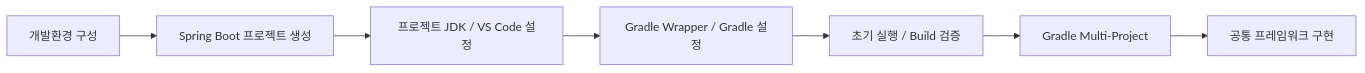
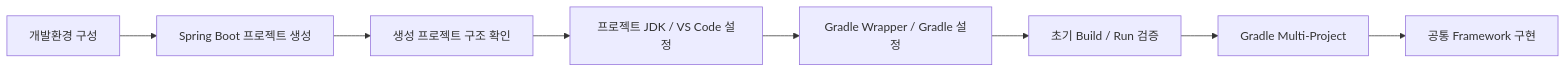
Before and after one commit to Team-Microserver/microserver-docs: the first of 2 diagrams in docs/01_project_start/03_project_creation/spring_boot_project_create.md, drawn with Mermaid. The commit also changed other lines of this file and 2 other files, not shown here.

````diff
--- a/docs/01_project_start/03_project_creation/spring_boot_project_create.md
+++ b/docs/01_project_start/03_project_creation/spring_boot_project_create.md
@@ -44,9 +66,11 @@
 ```mermaid
 flowchart LR
-    A[개발환경 구성] --> B[Spring Boot 프로젝트 생성]
-    B --> C[프로젝트 JDK / VS Code 설정]
-    C --> D[Gradle Wrapper / Gradle 설정]
-    D --> E[초기 실행 / Build 검증]
-    E --> F[Gradle Multi-Project]
-    F --> G[공통 프레임워크 구현]
+    A["개발환경 구성"]
+    --> B["Spring Boot 프로젝트 생성"]
+    --> C["생성 프로젝트 구조 확인"]
+    --> D["프로젝트 JDK / VS Code 설정"]
+    --> E["Gradle Wrapper / Gradle 설정"]
+    --> F["초기 Build / Run 검증"]
+    --> G["Gradle Multi-Project"]
+    --> H["공통 Framework 구현"]
 ```
````
